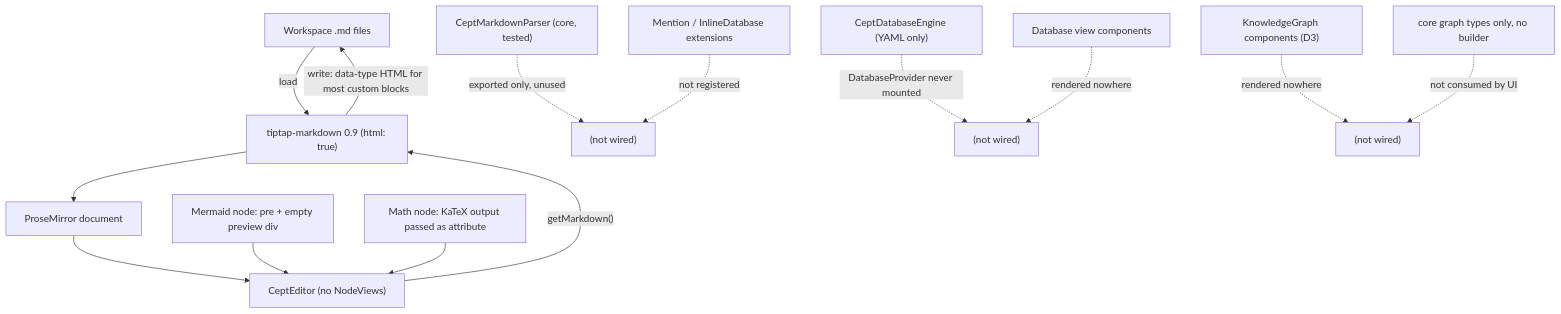
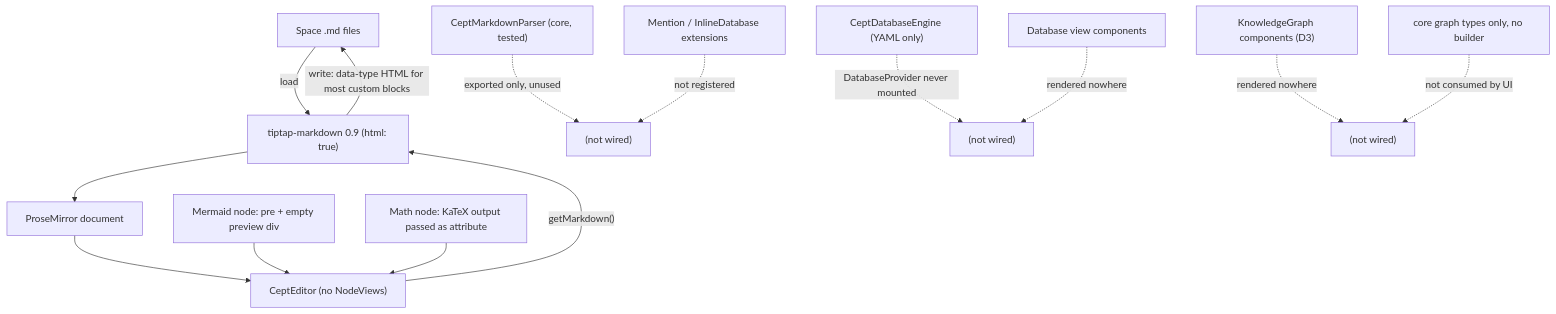
The second of 2 diagrams in docs/specs/requirements/08-editor.md (nsheaps/cept), drawn with Mermaid before and after one commit. The commit also changed other lines of this file and 12 other files, not shown here.

````diff
--- a/docs/specs/requirements/08-editor.md
+++ b/docs/specs/requirements/08-editor.md
@@ -99,16 +99,16 @@
 ```mermaid
 flowchart TD
-    MD["Workspace .md files"] -->|load| TM["tiptap-markdown 0.9 (html: true)"]
+    MD["Space .md files"] -->|load| TM["tiptap-markdown 0.9 (html: true)"]
     TM --> PM["ProseMirror document"]
     PM --> ED["CeptEditor (no NodeViews)"]
     ED -->|"getMarkdown()"| TM
     TM -->|"write: data-type HTML for most custom blocks"| MD
     CP["CeptMarkdownParser (core, tested)"] -. "exported only, unused" .-> X1["(not wired)"]
     ENG["CeptDatabaseEngine (YAML only)"] -. "DatabaseProvider never mounted" .-> X2["(not wired)"]
     VIEWS["Database view components"] -. "rendered nowhere" .-> X2
     KG["KnowledgeGraph components (D3)"] -. "rendered nowhere" .-> X3["(not wired)"]
     GT["core graph types only, no builder"] -. "not consumed by UI" .-> X3
     MEN["Mention / InlineDatabase extensions"] -. "not registered" .-> X1
     MERM["Mermaid node: pre + empty preview div"] --> ED
     MATH["Math node: KaTeX output passed as attribute"] --> ED
 ```
````
